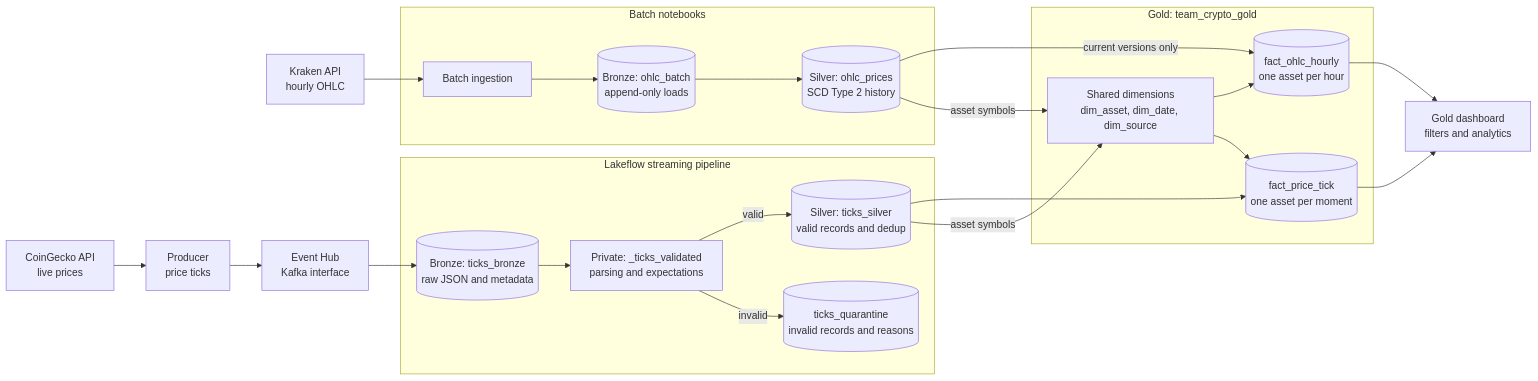
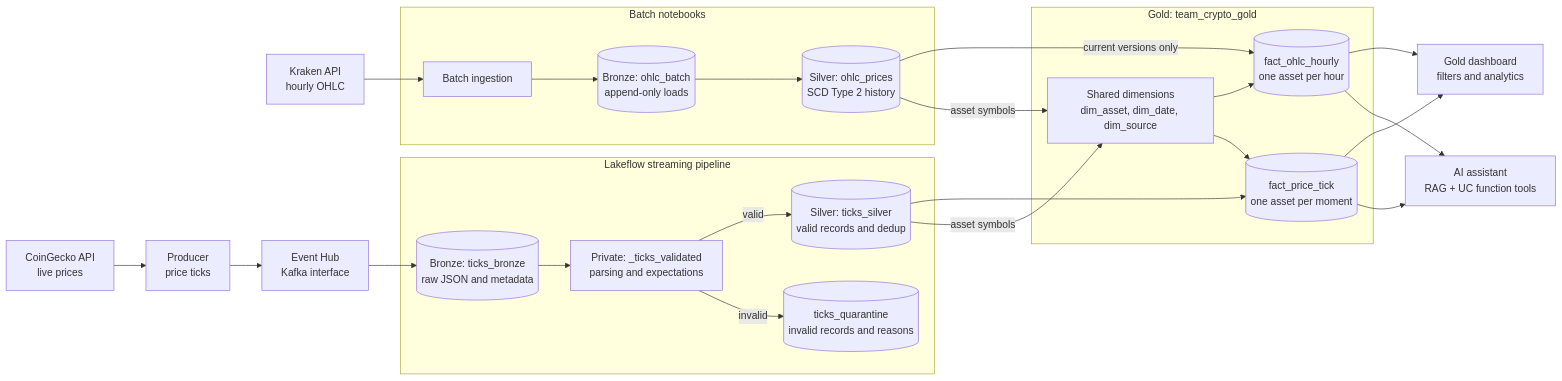
The first of 2 diagrams in README.md (kkllppll/crypto-demo), drawn with Mermaid before and after one commit. The commit also changed other lines of this file and 5 other files, not shown here.

````diff
--- a/README.md
+++ b/README.md
@@ -6,42 +6,45 @@
 ```mermaid
   flowchart LR
     K["Kraken API<br/>hourly OHLC"]
     C["CoinGecko API<br/>live prices"]
     P["Producer<br/>price ticks"]
     E["Event Hub<br/>Kafka interface"]
 
     subgraph BATCH["Batch notebooks"]
         BI["Batch ingestion"]
         BB[("Bronze: ohlc_batch<br/>append-only loads")]
         BS[("Silver: ohlc_prices<br/>SCD Type 2 history")]
         BI --> BB --> BS
     end
 
     subgraph LF["Lakeflow streaming pipeline"]
         SB[("Bronze: ticks_bronze<br/>raw JSON and metadata")]
         V["Private: _ticks_validated<br/>parsing and expectations"]
         SS[("Silver: ticks_silver<br/>valid records and dedup")]
         Q[("ticks_quarantine<br/>invalid records and reasons")]
         SB --> V
         V -->|valid| SS
         V -->|invalid| Q
     end
 
     subgraph GOLD["Gold: team_crypto_gold"]
         D["Shared dimensions<br/>dim_asset, dim_date, dim_source"]
         FO[("fact_ohlc_hourly<br/>one asset per hour")]
         FT[("fact_price_tick<br/>one asset per moment")]
         D --> FO
         D --> FT
     end
 
     DASH["Gold dashboard<br/>filters and analytics"]
+    AI["AI assistant<br/>RAG + UC function tools"]
     K --> BI
     C --> P --> E --> SB
     BS -->|current versions only| FO
     SS --> FT
     BS -->|asset symbols| D
     SS -->|asset symbols| D
     FO --> DASH
     FT --> DASH
+    FO --> AI
+    FT --> AI
 ```
````
